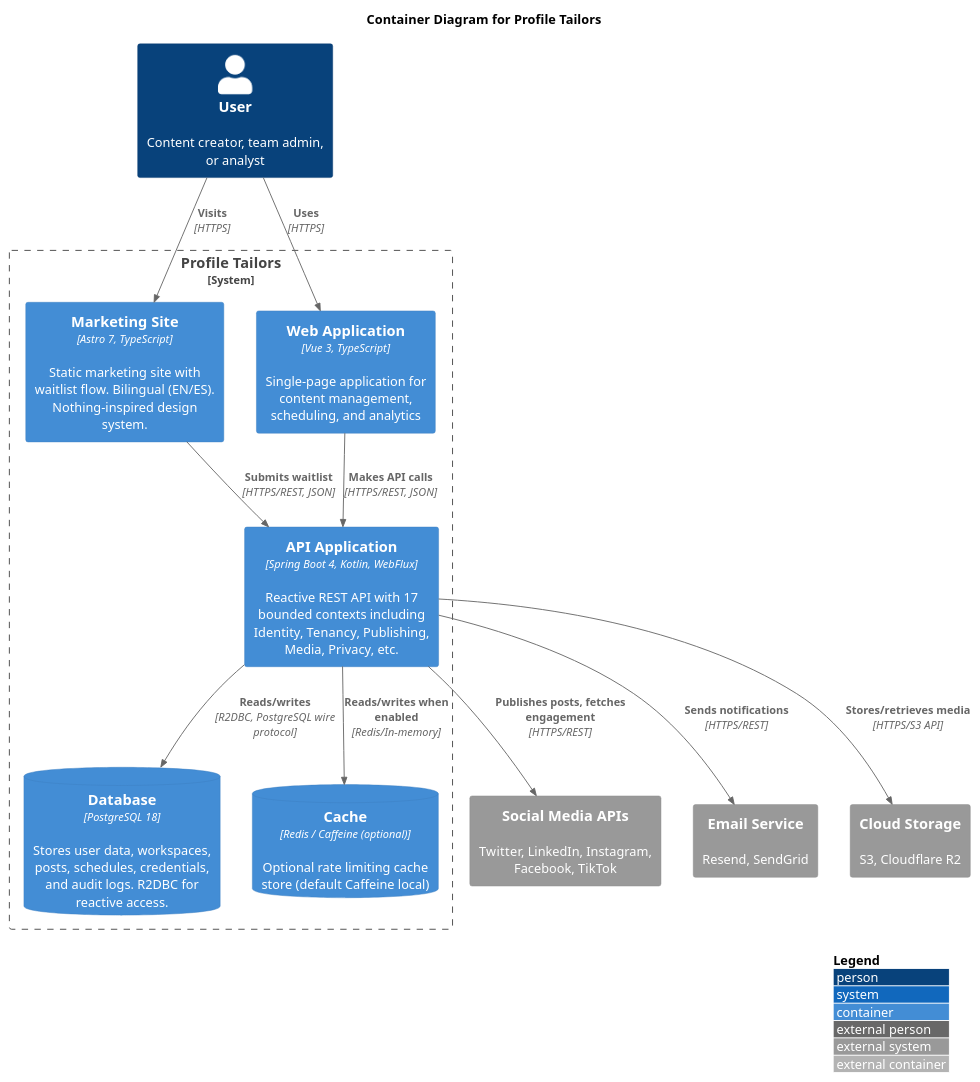
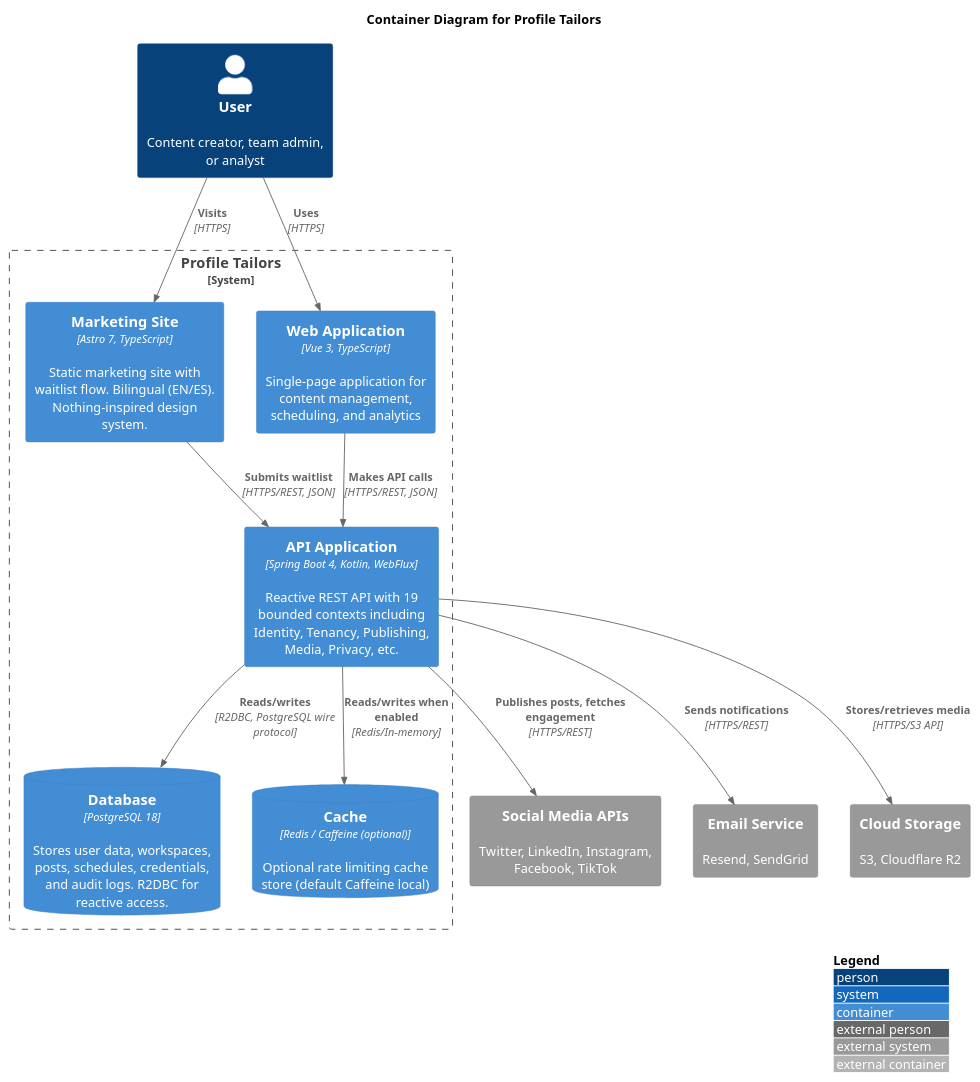
Before and after one commit to dallay/profiletailors.com: the first of 2 diagrams in docs/architecture/c4/02-container.md, drawn with PlantUML. The commit also changed other lines of this file and 8 other files, not shown here.

````diff
--- a/docs/architecture/c4/02-container.md
+++ b/docs/architecture/c4/02-container.md
@@ -16,40 +16,40 @@
 ```plantuml
 @startuml C4_Container
 !include https://raw.githubusercontent.com/plantuml-stdlib/C4-PlantUML/master/C4_Container.puml
 
 LAYOUT_WITH_LEGEND()
 
 title Container Diagram for Profile Tailors
 
 Person(user, "User", "Content creator, team admin, or analyst")
 
 System_Boundary(profile_tailors, "Profile Tailors") {
     Container(web_app, "Marketing Site", "Astro 7, TypeScript", "Static marketing site with waitlist flow. Bilingual (EN/ES). Nothing-inspired design system.")
     
     Container(spa, "Web Application", "Vue 3, TypeScript", "Single-page application for content management, scheduling, and analytics")
     
-    Container(api, "API Application", "Spring Boot 4, Kotlin, WebFlux", "Reactive REST API with 17 bounded contexts including Identity, Tenancy, Publishing, Media, Privacy, etc.")
+    Container(api, "API Application", "Spring Boot 4, Kotlin, WebFlux", "Reactive REST API with 19 bounded contexts including Identity, Tenancy, Publishing, Media, Privacy, etc.")
     
     ContainerDb(db, "Database", "PostgreSQL 18", "Stores user data, workspaces, posts, schedules, credentials, and audit logs. R2DBC for reactive access.")
     
     ContainerDb(cache, "Cache", "Redis / Caffeine (optional)", "Optional rate limiting cache store (default Caffeine local)")
 }
 
 System_Ext(social_media, "Social Media APIs", "Twitter, LinkedIn, Instagram, Facebook, TikTok")
 System_Ext(email, "Email Service", "Resend, SendGrid")
 System_Ext(storage, "Cloud Storage", "S3, Cloudflare R2")
 
 Rel(user, web_app, "Visits", "HTTPS")
 Rel(user, spa, "Uses", "HTTPS")
 
 Rel(spa, api, "Makes API calls", "HTTPS/REST, JSON")
 Rel(web_app, api, "Submits waitlist", "HTTPS/REST, JSON")
 
 Rel(api, db, "Reads/writes", "R2DBC, PostgreSQL wire protocol")
 Rel(api, cache, "Reads/writes when enabled", "Redis/In-memory")
 Rel(api, storage, "Stores/retrieves media", "HTTPS/S3 API")
 Rel(api, social_media, "Publishes posts, fetches engagement", "HTTPS/REST")
 Rel(api, email, "Sends notifications", "HTTPS/REST")
 
 @enduml
 ```
````
